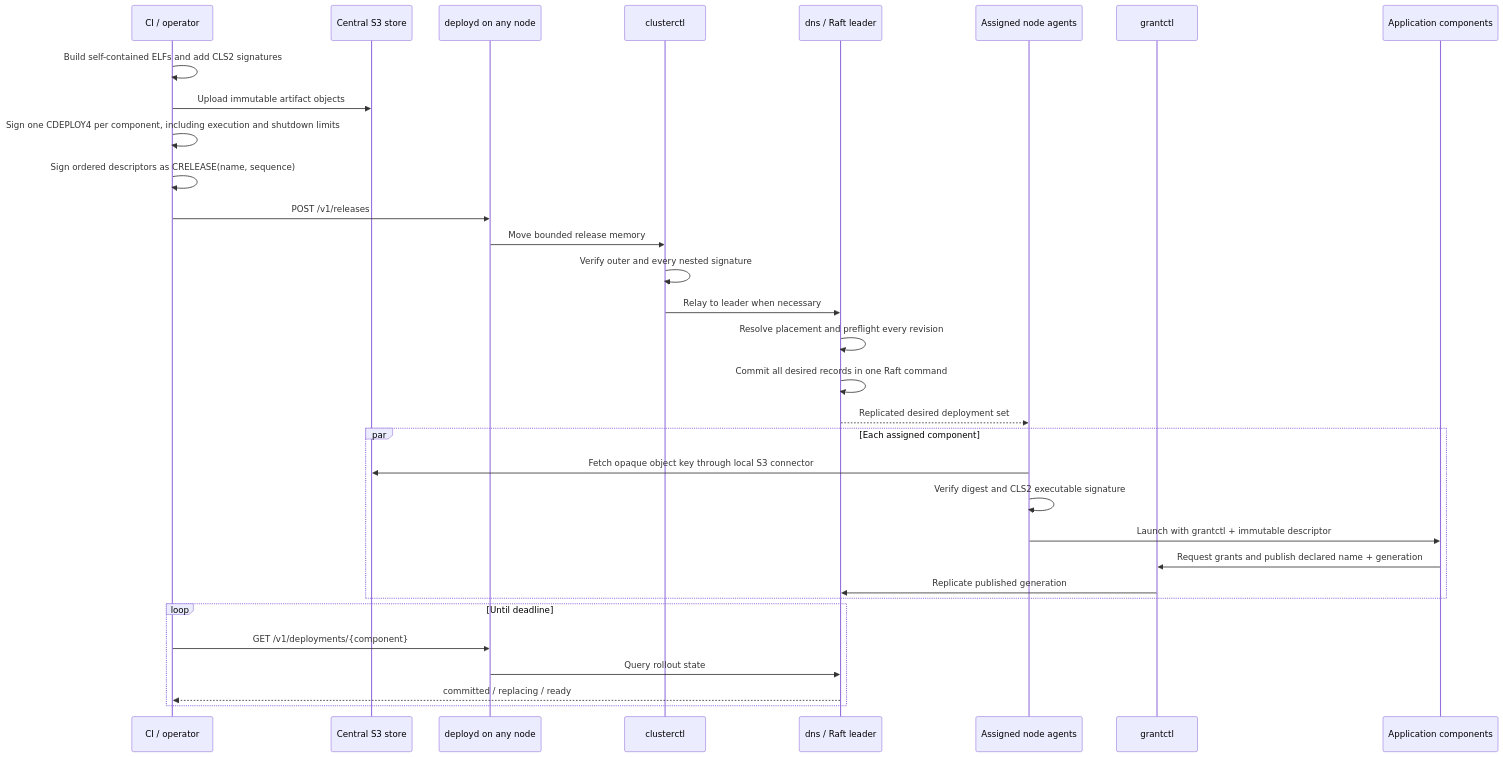
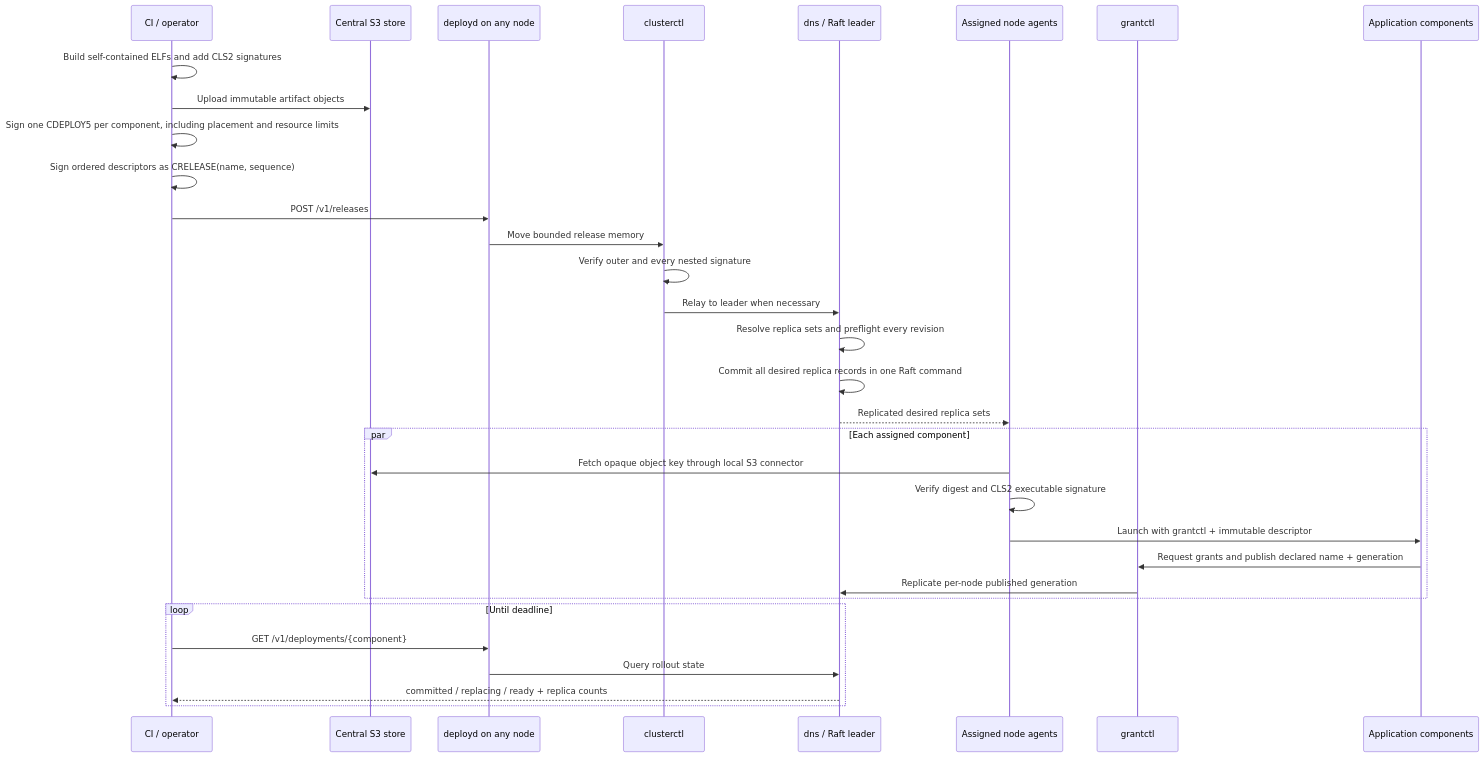
The eighth of 12 diagrams in docs/figures.md (FrodeRanders/charlotte-os), drawn with Mermaid before and after one commit. The commit also changed other lines of this file and 33 other files, not shown here.

Commit message:
Implement replica-set application placement

````diff
--- a/docs/figures.md
+++ b/docs/figures.md
@@ -349,37 +349,37 @@
 ```mermaid
 sequenceDiagram
 participant C as CI / operator
 participant O as Central S3 store
 participant D as deployd on any node
 participant X as clusterctl
 participant R as dns / Raft leader
 participant A as Assigned node agents
 participant G as grantctl
 participant P as Application components
 
       C->>C: Build self-contained ELFs and add CLS2 signatures
       C->>O: Upload immutable artifact objects
-      C->>C: Sign one CDEPLOY4 per component, including execution and shutdown limits
+      C->>C: Sign one CDEPLOY5 per component, including placement and resource limits
       C->>C: Sign ordered descriptors as CRELEASE(name, sequence)
       C->>D: POST /v1/releases
       D->>X: Move bounded release memory
       X->>X: Verify outer and every nested signature
       X->>R: Relay to leader when necessary
-      R->>R: Resolve placement and preflight every revision
-      R->>R: Commit all desired records in one Raft command
-      R-->>A: Replicated desired deployment set
+      R->>R: Resolve replica sets and preflight every revision
+      R->>R: Commit all desired replica records in one Raft command
+      R-->>A: Replicated desired replica sets
 
       par Each assigned component
           A->>O: Fetch opaque object key through local S3 connector
           A->>A: Verify digest and CLS2 executable signature
           A->>P: Launch with grantctl + immutable descriptor
           P->>G: Request grants and publish declared name + generation
-          G->>R: Replicate published generation
+          G->>R: Replicate per-node published generation
       end
 
       loop Until deadline
           C->>D: GET /v1/deployments/{component}
           D->>R: Query rollout state
-          R-->>C: committed / replacing / ready
+          R-->>C: committed / replacing / ready + replica counts
       end
 ```
````
